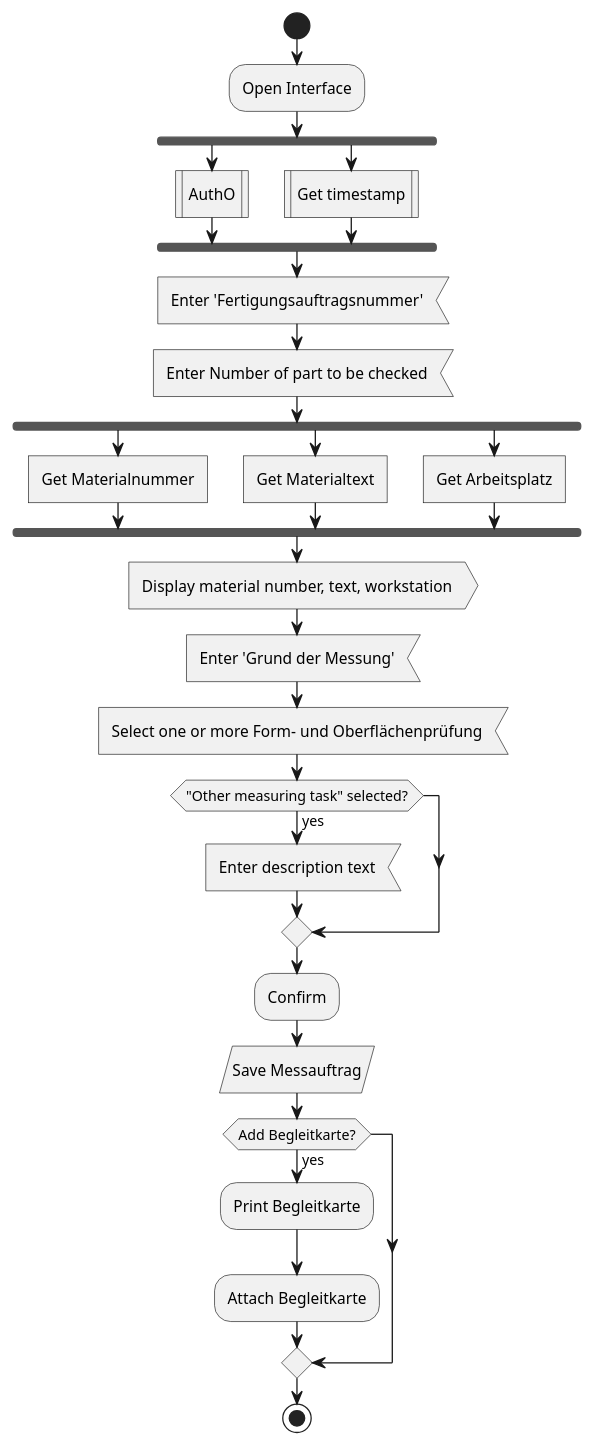
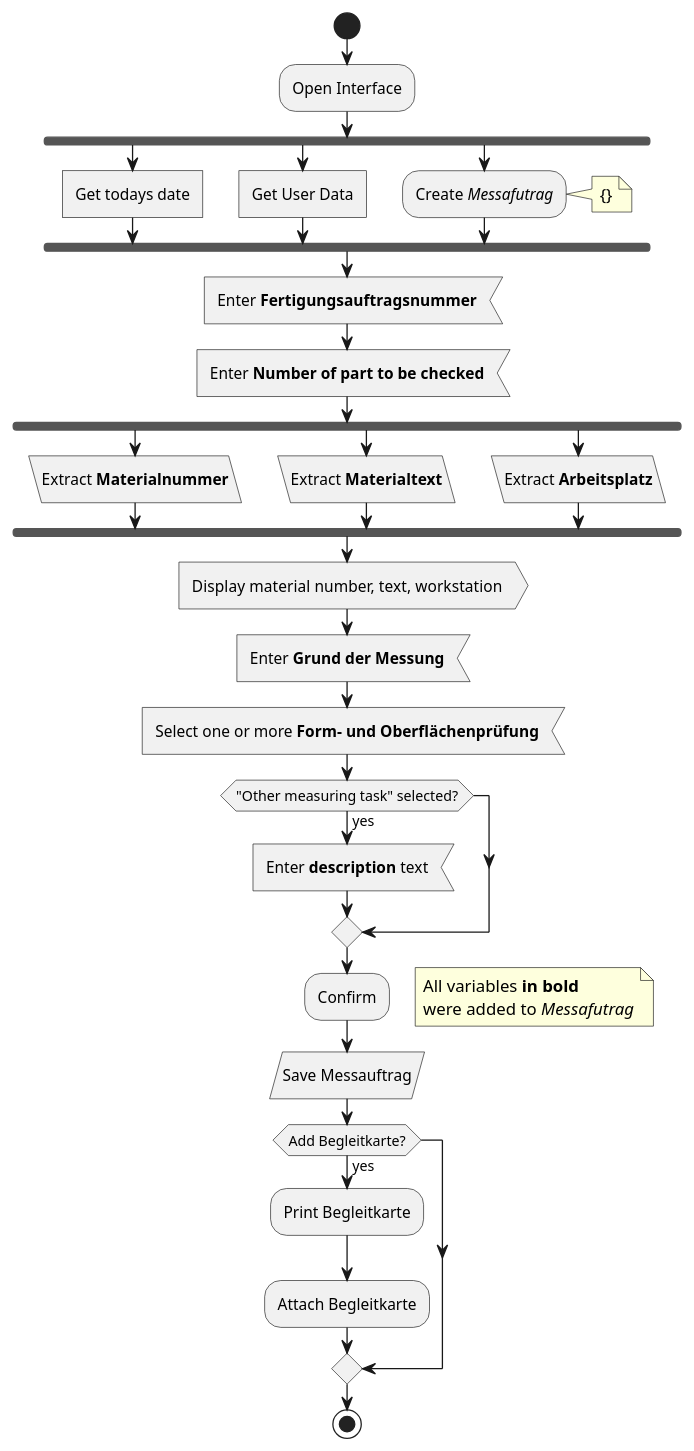
One commit to TomasPinolini/schrauberVerwaltung changed the diagram in uml/Messauftrag-Verwaltung/Aktivität/MessAuftrag_Erstellen.puml. Above: the diagram before and after it, drawn with PlantUML. The commit also changed 6 other files, not shown here.

Commit message:
9:10 - 19.05 - Schrauber Verwaltung UML Diagrams (80%)

```diff
--- a/uml/Messauftrag-Verwaltung/Aktivität/MessAuftrag_Erstellen.puml
+++ b/uml/Messauftrag-Verwaltung/Aktivität/MessAuftrag_Erstellen.puml
@@ -1,45 +1,50 @@
 @startuml "Messauftrag erstellen"
 start
     :Open Interface;
     
     fork
-        :AuthO; <<procedure>>
+        :Get todays date; <<task>>
     fork again
-        :Get timestamp; <<procedure>>
+        :Get User Data; <<task>>
+    fork again
+        :Create //Messafutrag//;
+        note right: {}
     end fork
-    
-    :Enter 'Fertigungsauftragsnummer'; <<input>>
-    
-    :Enter Number of part to be checked; <<input>>
+
+    :Enter **Fertigungsauftragsnummer**; <<input>>
+
+    :Enter **Number of part to be checked**; <<input>>
     
     fork
-        :Get Materialnummer; <<task>>
+        :Extract **Materialnummer**; <<load>>
     fork again
-        :Get Materialtext; <<task>>
+        :Extract **Materialtext**; <<load>>
     fork again
-        :Get Arbeitsplatz; <<task>>
+        :Extract **Arbeitsplatz**; <<load>>
     end fork
 
     :Display material number, text, workstation; <<output>>
     
-    :Enter 'Grund der Messung'; <<input>>
+    :Enter **Grund der Messung**; <<input>>
 
-    :Select one or more Form- und Oberflächenprüfung; <<input>>
+    :Select one or more **Form- und Oberflächenprüfung**; <<input>>
 
 
     if ("Other measuring task" selected?) then (yes)
-        :Enter description text; <<input>>
+        :Enter **description** text; <<input>>
     endif
 
     :Confirm;
+ 
+    floating note right: All variables **in bold**\nwere added to //Messafutrag//
 
     :Save Messauftrag; <<save>>
 
     if(Add Begleitkarte?) then (yes)
         :Print Begleitkarte; 
         :Attach Begleitkarte;
     endif
 
 
 stop
 @enduml
```
